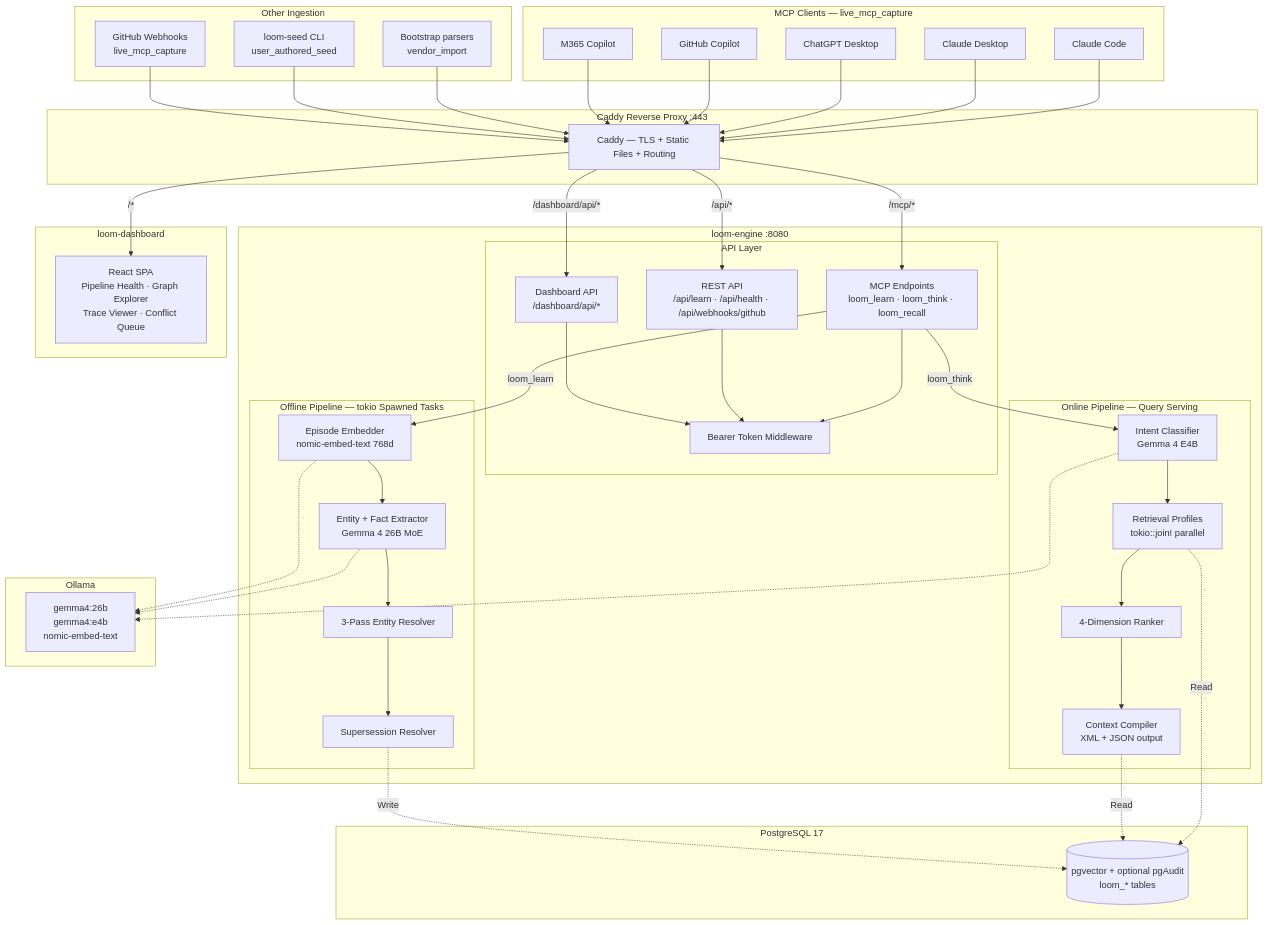
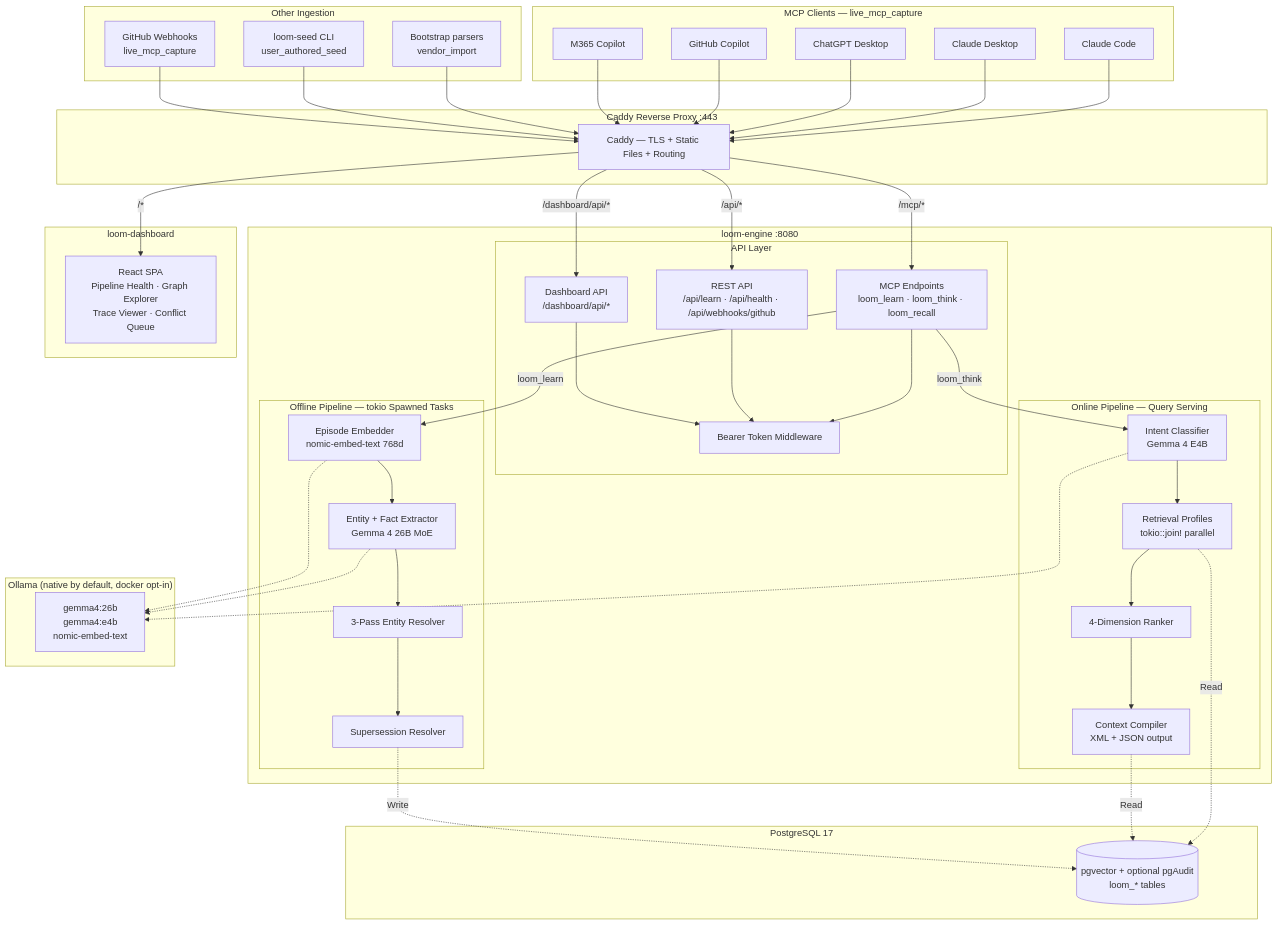
The diagram in README.md (technicalanxiety/project-loom), drawn with Mermaid before and after one commit. The commit also changed other lines of this file and 5 other files, not shown here.

```diff
--- a/README.md
+++ b/README.md
@@ -91,7 +91,7 @@
         DashUI[React SPA<br/>Pipeline Health · Graph Explorer<br/>Trace Viewer · Conflict Queue]
     end
 
-    subgraph "Ollama"
+    subgraph "Ollama (native by default, docker opt-in)"
         Models[gemma4:26b<br/>gemma4:e4b<br/>nomic-embed-text]
     end
 
```
